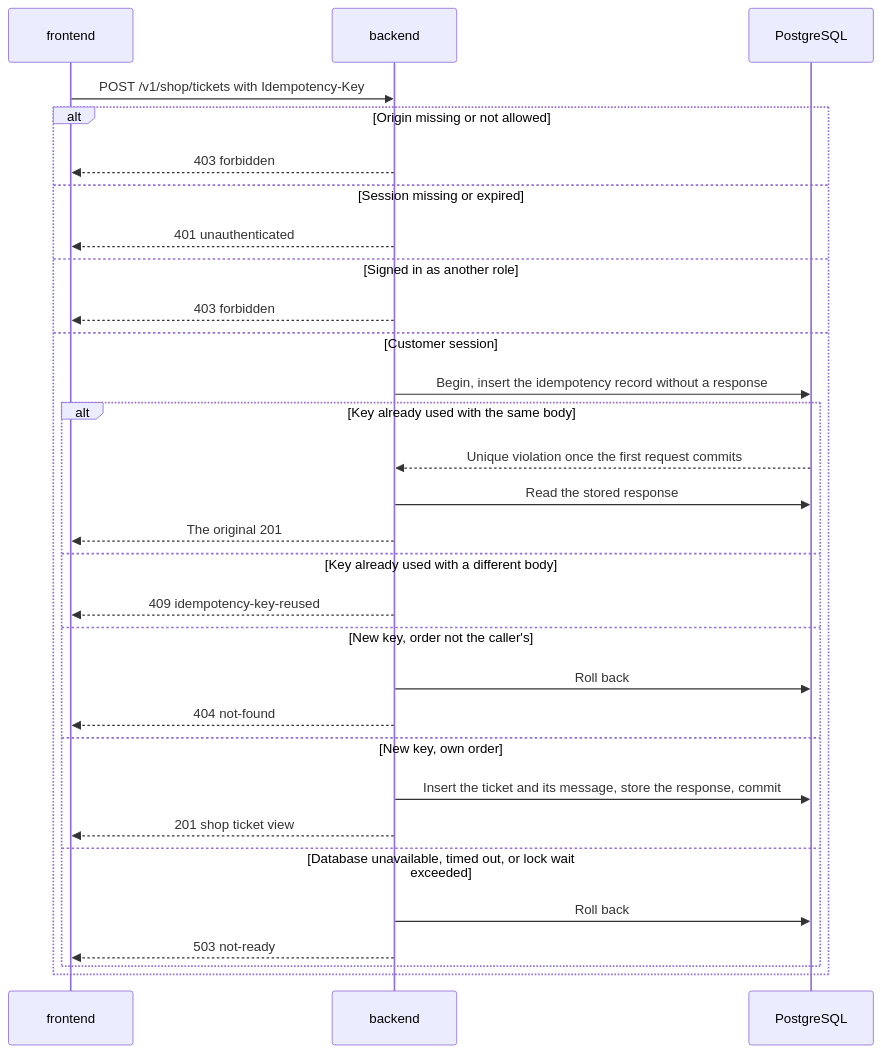
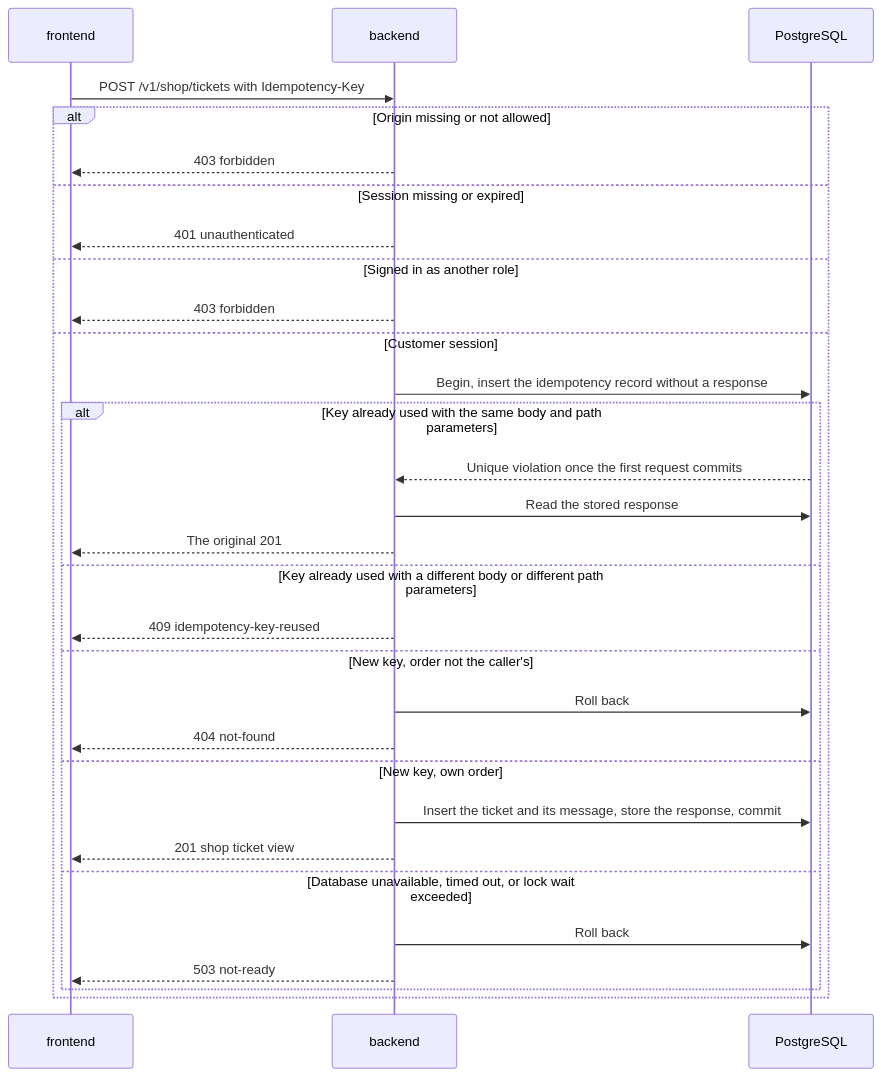
The second of 3 diagrams in docs/design/backend-foundation.md (ml-system-design-nhom-5/SupportIQ), drawn with Mermaid before and after one commit. The commit also changed other lines of this file and 4 other files, not shown here.

````diff
--- a/docs/design/backend-foundation.md
+++ b/docs/design/backend-foundation.md
@@ -143,32 +146,32 @@
 ```mermaid
 sequenceDiagram
     participant FE as frontend
     participant BE as backend
     participant DB as PostgreSQL
     FE->>BE: POST /v1/shop/tickets with Idempotency-Key
     alt Origin missing or not allowed
         BE-->>FE: 403 forbidden
     else Session missing or expired
         BE-->>FE: 401 unauthenticated
     else Signed in as another role
         BE-->>FE: 403 forbidden
     else Customer session
         BE->>DB: Begin, insert the idempotency record without a response
-        alt Key already used with the same body
+        alt Key already used with the same body and path parameters
             DB-->>BE: Unique violation once the first request commits
             BE->>DB: Read the stored response
             BE-->>FE: The original 201
-        else Key already used with a different body
+        else Key already used with a different body or different path parameters
             BE-->>FE: 409 idempotency-key-reused
         else New key, order not the caller's
             BE->>DB: Roll back
             BE-->>FE: 404 not-found
         else New key, own order
             BE->>DB: Insert the ticket and its message, store the response, commit
             BE-->>FE: 201 shop ticket view
         else Database unavailable, timed out, or lock wait exceeded
             BE->>DB: Roll back
             BE-->>FE: 503 not-ready
         end
     end
 ```
````
